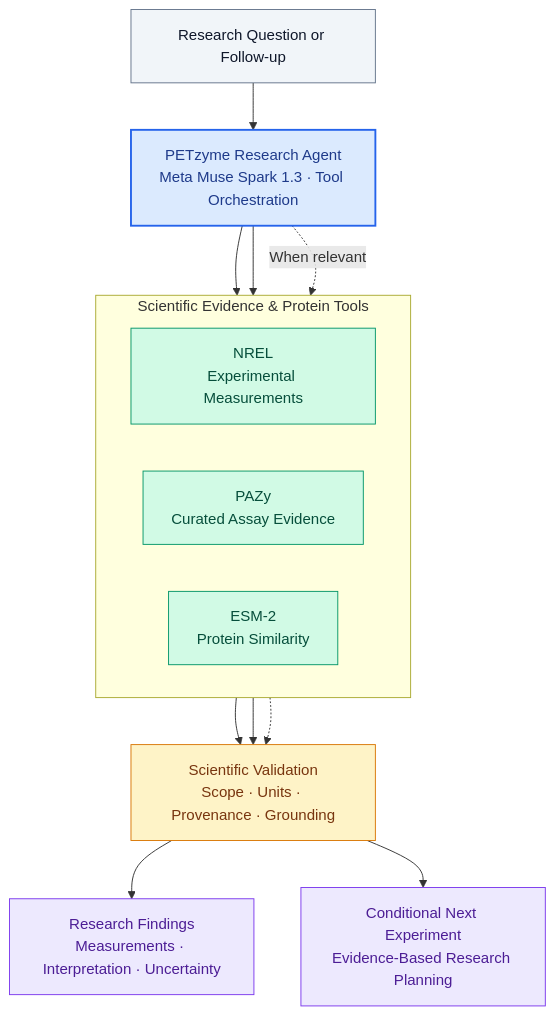
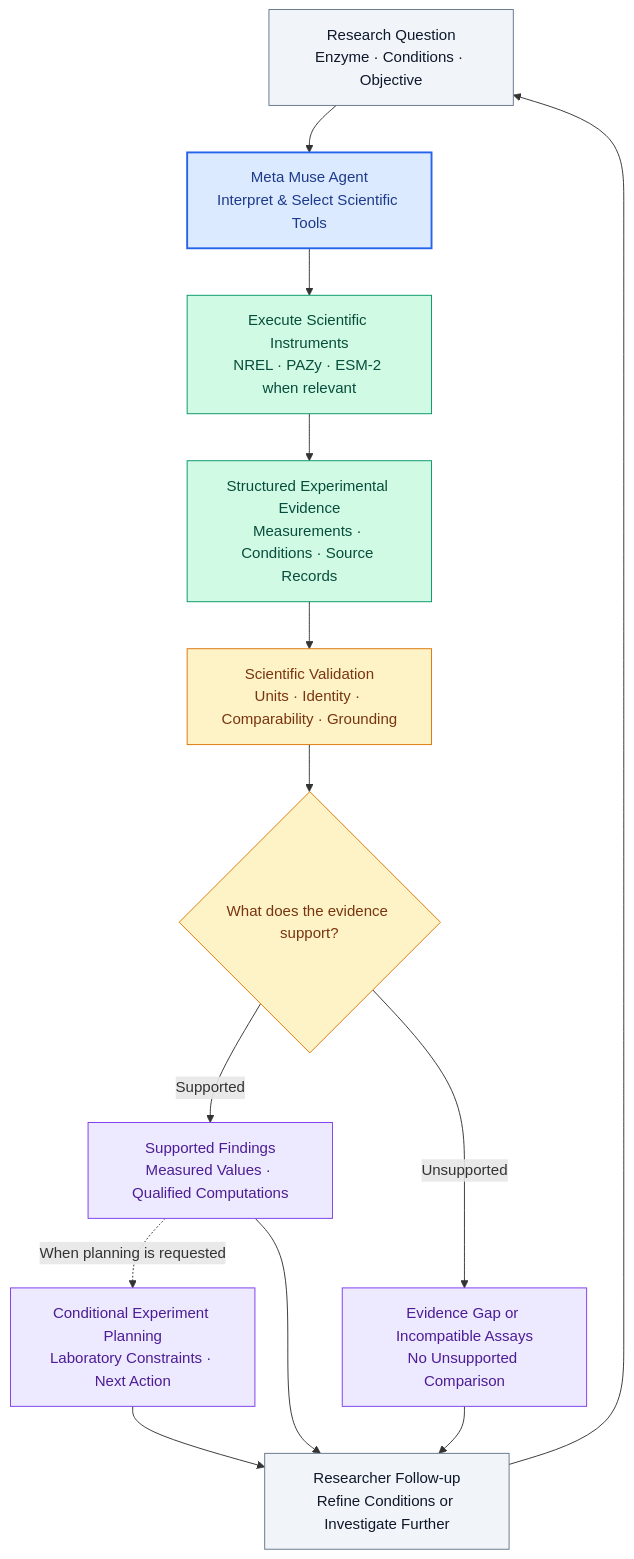
The diagram in README.md (imamabi/PETzyme), drawn with Mermaid before and after one commit. The commit also changed other lines of this file, not shown here.

````diff
--- a/README.md
+++ b/README.md
@@ -15,38 +7,34 @@
 ```mermaid
 flowchart TB
-    A["Research Question or Follow-up"]
-    B["PETzyme Research Agent<br/>Meta Muse Spark 1.3 · Tool Orchestration"]
+    A["Research Question<br/>Enzyme · Conditions · Objective"]
+    B["Meta Muse Agent<br/>Interpret & Select Scientific Tools"]
+    C["Execute Scientific Instruments<br/>NREL · PAZy · ESM-2 when relevant"]
+    D["Structured Experimental Evidence<br/>Measurements · Conditions · Source Records"]
+    E["Scientific Validation<br/>Units · Identity · Comparability · Grounding"]
+    F{"What does the evidence support?"}
+    G["Supported Findings<br/>Measured Values · Qualified Computations"]
+    H["Evidence Gap or Incompatible Assays<br/>No Unsupported Comparison"]
+    I["Conditional Experiment Planning<br/>Laboratory Constraints · Next Action"]
+    J["Researcher Follow-up<br/>Refine Conditions or Investigate Further"]
 
-    subgraph TOOLS["Scientific Evidence & Protein Tools"]
-        direction LR
-        C["NREL<br/>Experimental Measurements"]
-        D["PAZy<br/>Curated Assay Evidence"]
-        E["ESM-2<br/>Protein Similarity"]
-    end
-
-    F["Scientific Validation<br/>Scope · Units · Provenance · Grounding"]
-    G["Research Findings<br/>Measurements · Interpretation · Uncertainty"]
-    H["Conditional Next Experiment<br/>Evidence-Based Research Planning"]
-
-    A --> B
-    B --> C
-    B --> D
-    B -.->|When relevant| E
-    C --> F
-    D --> F
-    E -.-> F
-    F --> G
-    F --> H
+    A --> B --> C --> D --> E --> F
+    F -->|Supported| G
+    F -->|Unsupported| H
+    G -.->|When planning is requested| I
+    G --> J
+    H --> J
+    I --> J
+    J --> A
 
     classDef input fill:#F1F5F9,stroke:#64748B,color:#0F172A
     classDef agent fill:#DBEAFE,stroke:#2563EB,color:#1E3A8A,stroke-width:2px
-    classDef evidence fill:#D1FAE5,stroke:#059669,color:#064E3B
+    classDef science fill:#D1FAE5,stroke:#059669,color:#064E3B
     classDef validation fill:#FEF3C7,stroke:#D97706,color:#78350F
     classDef output fill:#EDE9FE,stroke:#7C3AED,color:#4C1D95
 
-    class A input
+    class A,J input
     class B agent
-    class C,D,E evidence
-    class F validation
-    class G,H output
+    class C,D science
+    class E,F validation
+    class G,H,I output
 ```
````
